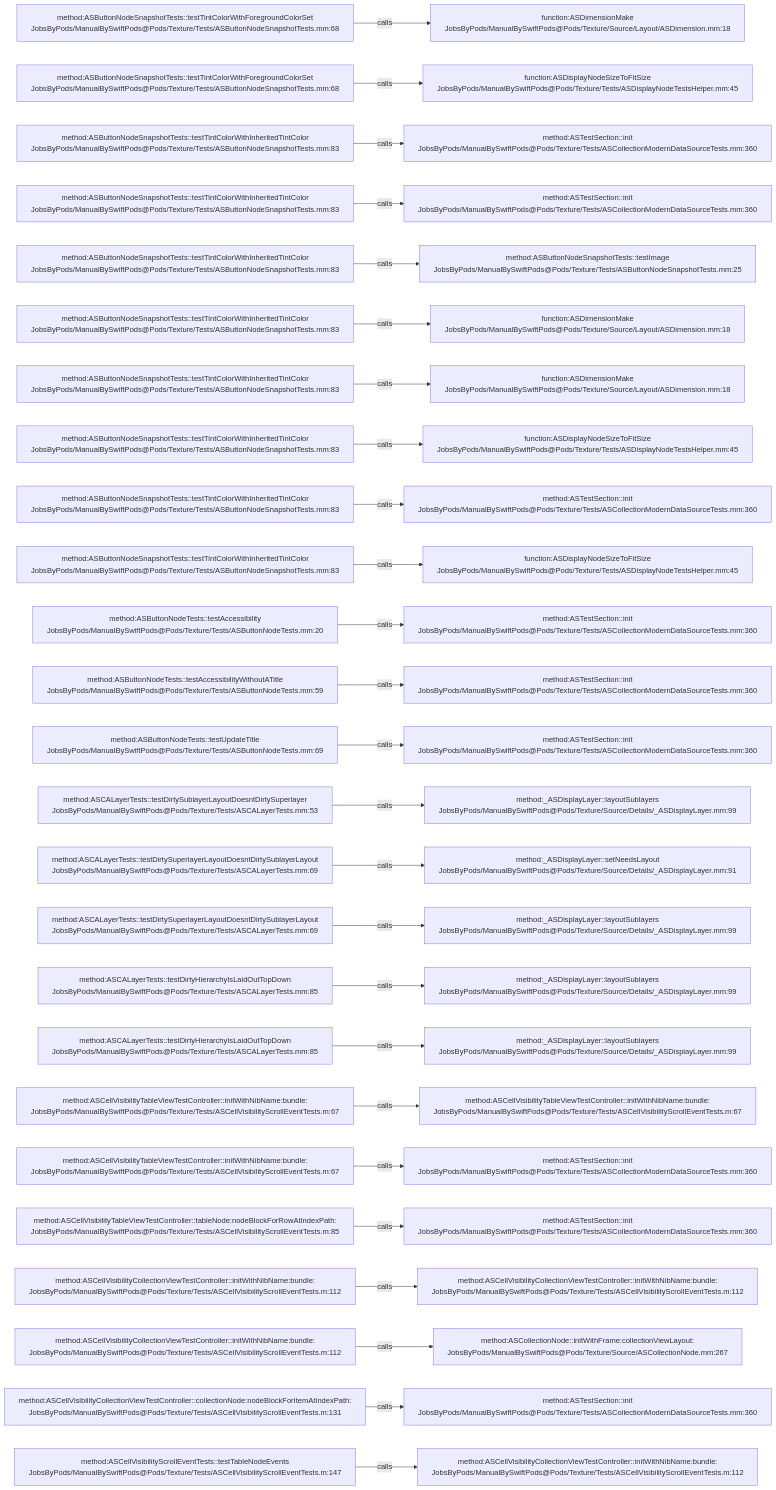
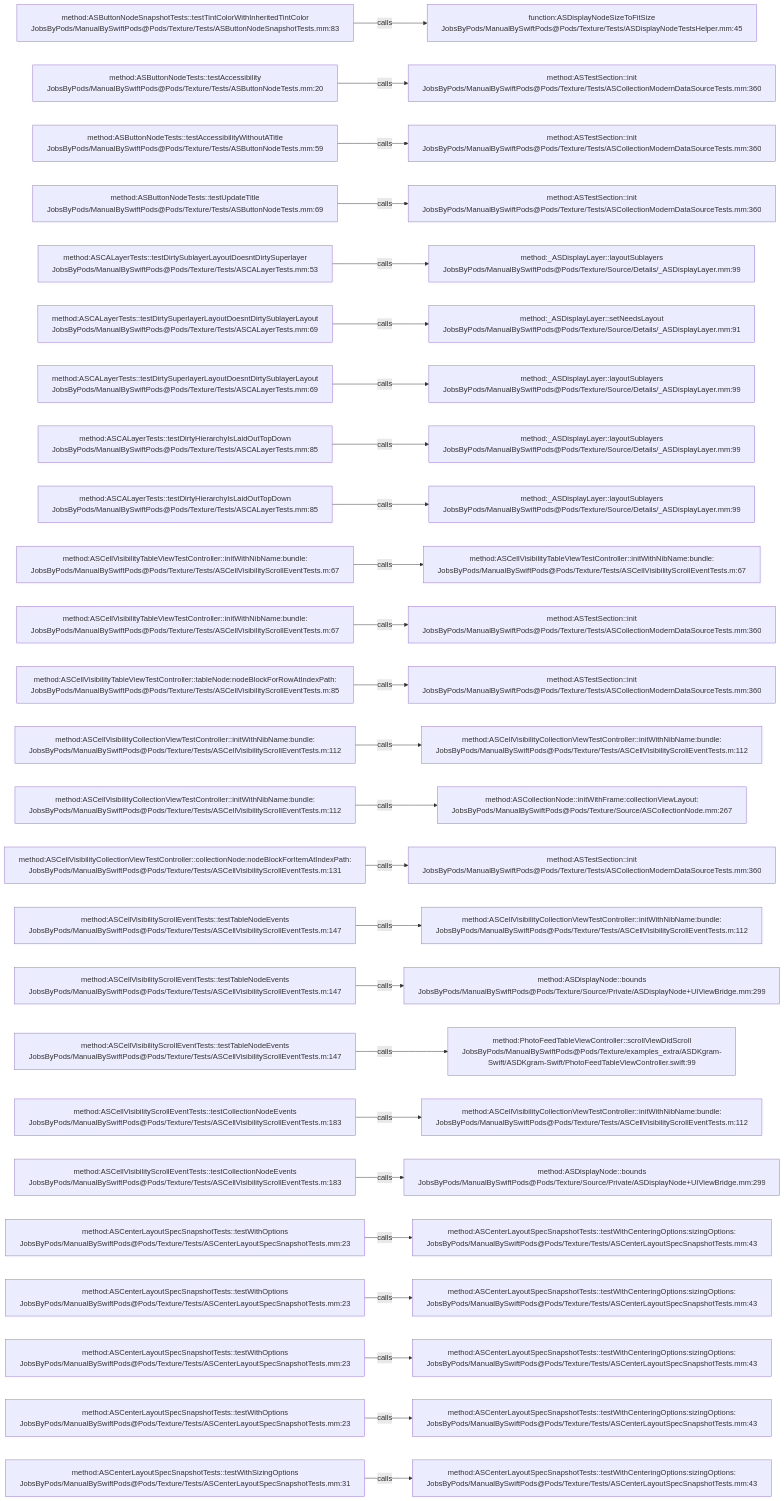
Before and after one commit to JobsKits/JobsSwiftBaseConfigDemo: the diagram in .codegraph/codegraph.md/graphs/calls-166.md, drawn with Mermaid. The commit also changed 707 other files, not shown here.

````diff
--- a/.codegraph/codegraph.md/graphs/calls-166.md
+++ b/.codegraph/codegraph.md/graphs/calls-166.md
@@ -13,78 +13,78 @@
 ```mermaid
 flowchart LR
-  S1["method:ASButtonNodeSnapshotTests::testTintColorWithForegroundColorSet<br/>JobsByPods/ManualBySwiftPods@Pods/Texture/Tests/ASButtonNodeSnapshotTests.mm:68"]
-  T1["function:ASDimensionMake<br/>JobsByPods/ManualBySwiftPods@Pods/Texture/Source/Layout/ASDimension.mm:18"]
+  S1["method:ASButtonNodeSnapshotTests::testTintColorWithInheritedTintColor<br/>JobsByPods/ManualBySwiftPods@Pods/Texture/Tests/ASButtonNodeSnapshotTests.mm:83"]
+  T1["function:ASDisplayNodeSizeToFitSize<br/>JobsByPods/ManualBySwiftPods@Pods/Texture/Tests/ASDisplayNodeTestsHelper.mm:45"]
   S1 -->|calls| T1
-  S2["method:ASButtonNodeSnapshotTests::testTintColorWithForegroundColorSet<br/>JobsByPods/ManualBySwiftPods@Pods/Texture/Tests/ASButtonNodeSnapshotTests.mm:68"]
-  T2["function:ASDisplayNodeSizeToFitSize<br/>JobsByPods/ManualBySwiftPods@Pods/Texture/Tests/ASDisplayNodeTestsHelper.mm:45"]
+  S2["method:ASButtonNodeTests::testAccessibility<br/>JobsByPods/ManualBySwiftPods@Pods/Texture/Tests/ASButtonNodeTests.mm:20"]
+  T2["method:ASTestSection::init<br/>JobsByPods/ManualBySwiftPods@Pods/Texture/Tests/ASCollectionModernDataSourceTests.mm:360"]
   S2 -->|calls| T2
-  S3["method:ASButtonNodeSnapshotTests::testTintColorWithInheritedTintColor<br/>JobsByPods/ManualBySwiftPods@Pods/Texture/Tests/ASButtonNodeSnapshotTests.mm:83"]
+  S3["method:ASButtonNodeTests::testAccessibilityWithoutATitle<br/>JobsByPods/ManualBySwiftPods@Pods/Texture/Tests/ASButtonNodeTests.mm:59"]
   T3["method:ASTestSection::init<br/>JobsByPods/ManualBySwiftPods@Pods/Texture/Tests/ASCollectionModernDataSourceTests.mm:360"]
   S3 -->|calls| T3
-  S4["method:ASButtonNodeSnapshotTests::testTintColorWithInheritedTintColor<br/>JobsByPods/ManualBySwiftPods@Pods/Texture/Tests/ASButtonNodeSnapshotTests.mm:83"]
+  S4["method:ASButtonNodeTests::testUpdateTitle<br/>JobsByPods/ManualBySwiftPods@Pods/Texture/Tests/ASButtonNodeTests.mm:69"]
   T4["method:ASTestSection::init<br/>JobsByPods/ManualBySwiftPods@Pods/Texture/Tests/ASCollectionModernDataSourceTests.mm:360"]
   S4 -->|calls| T4
-  S5["method:ASButtonNodeSnapshotTests::testTintColorWithInheritedTintColor<br/>JobsByPods/ManualBySwiftPods@Pods/Texture/Tests/ASButtonNodeSnapshotTests.mm:83"]
-  T5["method:ASButtonNodeSnapshotTests::testImage<br/>JobsByPods/ManualBySwiftPods@Pods/Texture/Tests/ASButtonNodeSnapshotTests.mm:25"]
+  S5["method:ASCALayerTests::testDirtySublayerLayoutDoesntDirtySuperlayer<br/>JobsByPods/ManualBySwiftPods@Pods/Texture/Tests/ASCALayerTests.mm:53"]
+  T5["method:_ASDisplayLayer::layoutSublayers<br/>JobsByPods/ManualBySwiftPods@Pods/Texture/Source/Details/_ASDisplayLayer.mm:99"]
   S5 -->|calls| T5
-  S6["method:ASButtonNodeSnapshotTests::testTintColorWithInheritedTintColor<br/>JobsByPods/ManualBySwiftPods@Pods/Texture/Tests/ASButtonNodeSnapshotTests.mm:83"]
-  T6["function:ASDimensionMake<br/>JobsByPods/ManualBySwiftPods@Pods/Texture/Source/Layout/ASDimension.mm:18"]
+  S6["method:ASCALayerTests::testDirtySuperlayerLayoutDoesntDirtySublayerLayout<br/>JobsByPods/ManualBySwiftPods@Pods/Texture/Tests/ASCALayerTests.mm:69"]
+  T6["method:_ASDisplayLayer::setNeedsLayout<br/>JobsByPods/ManualBySwiftPods@Pods/Texture/Source/Details/_ASDisplayLayer.mm:91"]
   S6 -->|calls| T6
-  S7["method:ASButtonNodeSnapshotTests::testTintColorWithInheritedTintColor<br/>JobsByPods/ManualBySwiftPods@Pods/Texture/Tests/ASButtonNodeSnapshotTests.mm:83"]
-  T7["function:ASDimensionMake<br/>JobsByPods/ManualBySwiftPods@Pods/Texture/Source/Layout/ASDimension.mm:18"]
+  S7["method:ASCALayerTests::testDirtySuperlayerLayoutDoesntDirtySublayerLayout<br/>JobsByPods/ManualBySwiftPods@Pods/Texture/Tests/ASCALayerTests.mm:69"]
+  T7["method:_ASDisplayLayer::layoutSublayers<br/>JobsByPods/ManualBySwiftPods@Pods/Texture/Source/Details/_ASDisplayLayer.mm:99"]
   S7 -->|calls| T7
-  S8["method:ASButtonNodeSnapshotTests::testTintColorWithInheritedTintColor<br/>JobsByPods/ManualBySwiftPods@Pods/Texture/Tests/ASButtonNodeSnapshotTests.mm:83"]
-  T8["function:ASDisplayNodeSizeToFitSize<br/>JobsByPods/ManualBySwiftPods@Pods/Texture/Tests/ASDisplayNodeTestsHelper.mm:45"]
+  S8["method:ASCALayerTests::testDirtyHierarchyIsLaidOutTopDown<br/>JobsByPods/ManualBySwiftPods@Pods/Texture/Tests/ASCALayerTests.mm:85"]
+  T8["method:_ASDisplayLayer::layoutSublayers<br/>JobsByPods/ManualBySwiftPods@Pods/Texture/Source/Details/_ASDisplayLayer.mm:99"]
   S8 -->|calls| T8
-  S9["method:ASButtonNodeSnapshotTests::testTintColorWithInheritedTintColor<br/>JobsByPods/ManualBySwiftPods@Pods/Texture/Tests/ASButtonNodeSnapshotTests.mm:83"]
-  T9["method:ASTestSection::init<br/>JobsByPods/ManualBySwiftPods@Pods/Texture/Tests/ASCollectionModernDataSourceTests.mm:360"]
+  S9["method:ASCALayerTests::testDirtyHierarchyIsLaidOutTopDown<br/>JobsByPods/ManualBySwiftPods@Pods/Texture/Tests/ASCALayerTests.mm:85"]
+  T9["method:_ASDisplayLayer::layoutSublayers<br/>JobsByPods/ManualBySwiftPods@Pods/Texture/Source/Details/_ASDisplayLayer.mm:99"]
   S9 -->|calls| T9
-  S10["method:ASButtonNodeSnapshotTests::testTintColorWithInheritedTintColor<br/>JobsByPods/ManualBySwiftPods@Pods/Texture/Tests/ASButtonNodeSnapshotTests.mm:83"]
-  T10["function:ASDisplayNodeSizeToFitSize<br/>JobsByPods/ManualBySwiftPods@Pods/Texture/Tests/ASDisplayNodeTestsHelper.mm:45"]
+  S10["method:ASCellVisibilityTableViewTestController::initWithNibName:bundle:<br/>JobsByPods/ManualBySwiftPods@Pods/Texture/Tests/ASCellVisibilityScrollEventTests.m:67"]
+  T10["method:ASCellVisibilityTableViewTestController::initWithNibName:bundle:<br/>JobsByPods/ManualBySwiftPods@Pods/Texture/Tests/ASCellVisibilityScrollEventTests.m:67"]
   S10 -->|calls| T10
-  S11["method:ASButtonNodeTests::testAccessibility<br/>JobsByPods/ManualBySwiftPods@Pods/Texture/Tests/ASButtonNodeTests.mm:20"]
+  S11["method:ASCellVisibilityTableViewTestController::initWithNibName:bundle:<br/>JobsByPods/ManualBySwiftPods@Pods/Texture/Tests/ASCellVisibilityScrollEventTests.m:67"]
   T11["method:ASTestSection::init<br/>JobsByPods/ManualBySwiftPods@Pods/Texture/Tests/ASCollectionModernDataSourceTests.mm:360"]
   S11 -->|calls| T11
-  S12["method:ASButtonNodeTests::testAccessibilityWithoutATitle<br/>JobsByPods/ManualBySwiftPods@Pods/Texture/Tests/ASButtonNodeTests.mm:59"]
+  S12["method:ASCellVisibilityTableViewTestController::tableNode:nodeBlockForRowAtIndexPath:<br/>JobsByPods/ManualBySwiftPods@Pods/Texture/Tests/ASCellVisibilityScrollEventTests.m:85"]
   T12["method:ASTestSection::init<br/>JobsByPods/ManualBySwiftPods@Pods/Texture/Tests/ASCollectionModernDataSourceTests.mm:360"]
   S12 -->|calls| T12
-  S13["method:ASButtonNodeTests::testUpdateTitle<br/>JobsByPods/ManualBySwiftPods@Pods/Texture/Tests/ASButtonNodeTests.mm:69"]
-  T13["method:ASTestSection::init<br/>JobsByPods/ManualBySwiftPods@Pods/Texture/Tests/ASCollectionModernDataSourceTests.mm:360"]
+  S13["method:ASCellVisibilityCollectionViewTestController::initWithNibName:bundle:<br/>JobsByPods/ManualBySwiftPods@Pods/Texture/Tests/ASCellVisibilityScrollEventTests.m:112"]
+  T13["method:ASCellVisibilityCollectionViewTestController::initWithNibName:bundle:<br/>JobsByPods/ManualBySwiftPods@Pods/Texture/Tests/ASCellVisibilityScrollEventTests.m:112"]
   S13 -->|calls| T13
-  S14["method:ASCALayerTests::testDirtySublayerLayoutDoesntDirtySuperlayer<br/>JobsByPods/ManualBySwiftPods@Pods/Texture/Tests/ASCALayerTests.mm:53"]
-  T14["method:_ASDisplayLayer::layoutSublayers<br/>JobsByPods/ManualBySwiftPods@Pods/Texture/Source/Details/_ASDisplayLayer.mm:99"]
+  S14["method:ASCellVisibilityCollectionViewTestController::initWithNibName:bundle:<br/>JobsByPods/ManualBySwiftPods@Pods/Texture/Tests/ASCellVisibilityScrollEventTests.m:112"]
+  T14["method:ASCollectionNode::initWithFrame:collectionViewLayout:<br/>JobsByPods/ManualBySwiftPods@Pods/Texture/Source/ASCollectionNode.mm:267"]
   S14 -->|calls| T14
-  S15["method:ASCALayerTests::testDirtySuperlayerLayoutDoesntDirtySublayerLayout<br/>JobsByPods/ManualBySwiftPods@Pods/Texture/Tests/ASCALayerTests.mm:69"]
-  T15["method:_ASDisplayLayer::setNeedsLayout<br/>JobsByPods/ManualBySwiftPods@Pods/Texture/Source/Details/_ASDisplayLayer.mm:91"]
+  S15["method:ASCellVisibilityCollectionViewTestController::collectionNode:nodeBlockForItemAtIndexPath:<br/>JobsByPods/ManualBySwiftPods@Pods/Texture/Tests/ASCellVisibilityScrollEventTests.m:131"]
+  T15["method:ASTestSection::init<br/>JobsByPods/ManualBySwiftPods@Pods/Texture/Tests/ASCollectionModernDataSourceTests.mm:360"]
   S15 -->|calls| T15
-  S16["method:ASCALayerTests::testDirtySuperlayerLayoutDoesntDirtySublayerLayout<br/>JobsByPods/ManualBySwiftPods@Pods/Texture/Tests/ASCALayerTests.mm:69"]
-  T16["method:_ASDisplayLayer::layoutSublayers<br/>JobsByPods/ManualBySwiftPods@Pods/Texture/Source/Details/_ASDisplayLayer.mm:99"]
+  S16["method:ASCellVisibilityScrollEventTests::testTableNodeEvents<br/>JobsByPods/ManualBySwiftPods@Pods/Texture/Tests/ASCellVisibilityScrollEventTests.m:147"]
+  T16["method:ASCellVisibilityCollectionViewTestController::initWithNibName:bundle:<br/>JobsByPods/ManualBySwiftPods@Pods/Texture/Tests/ASCellVisibilityScrollEventTests.m:112"]
   S16 -->|calls| T16
-  S17["method:ASCALayerTests::testDirtyHierarchyIsLaidOutTopDown<br/>JobsByPods/ManualBySwiftPods@Pods/Texture/Tests/ASCALayerTests.mm:85"]
-  T17["method:_ASDisplayLayer::layoutSublayers<br/>JobsByPods/ManualBySwiftPods@Pods/Texture/Source/Details/_ASDisplayLayer.mm:99"]
+  S17["method:ASCellVisibilityScrollEventTests::testTableNodeEvents<br/>JobsByPods/ManualBySwiftPods@Pods/Texture/Tests/ASCellVisibilityScrollEventTests.m:147"]
+  T17["method:ASDisplayNode::bounds<br/>JobsByPods/ManualBySwiftPods@Pods/Texture/Source/Private/ASDisplayNode+UIViewBridge.mm:299"]
   S17 -->|calls| T17
-  S18["method:ASCALayerTests::testDirtyHierarchyIsLaidOutTopDown<br/>JobsByPods/ManualBySwiftPods@Pods/Texture/Tests/ASCALayerTests.mm:85"]
-  T18["method:_ASDisplayLayer::layoutSublayers<br/>JobsByPods/ManualBySwiftPods@Pods/Texture/Source/Details/_ASDisplayLayer.mm:99"]
+  S18["method:ASCellVisibilityScrollEventTests::testTableNodeEvents<br/>JobsByPods/ManualBySwiftPods@Pods/Texture/Tests/ASCellVisibilityScrollEventTests.m:147"]
+  T18["method:PhotoFeedTableViewController::scrollViewDidScroll<br/>JobsByPods/ManualBySwiftPods@Pods/Texture/examples_extra/ASDKgram-Swift/ASDKgram-Swift/PhotoFeedTableViewController.swift:99"]
   S18 -->|calls| T18
-  S19["method:ASCellVisibilityTableViewTestController::initWithNibName:bundle:<br/>JobsByPods/ManualBySwiftPods@Pods/Texture/Tests/ASCellVisibilityScrollEventTests.m:67"]
-  T19["method:ASCellVisibilityTableViewTestController::initWithNibName:bundle:<br/>JobsByPods/ManualBySwiftPods@Pods/Texture/Tests/ASCellVisibilityScrollEventTests.m:67"]
+  S19["method:ASCellVisibilityScrollEventTests::testCollectionNodeEvents<br/>JobsByPods/ManualBySwiftPods@Pods/Texture/Tests/ASCellVisibilityScrollEventTests.m:183"]
+  T19["method:ASCellVisibilityCollectionViewTestController::initWithNibName:bundle:<br/>JobsByPods/ManualBySwiftPods@Pods/Texture/Tests/ASCellVisibilityScrollEventTests.m:112"]
   S19 -->|calls| T19
-  S20["method:ASCellVisibilityTableViewTestController::initWithNibName:bundle:<br/>JobsByPods/ManualBySwiftPods@Pods/Texture/Tests/ASCellVisibilityScrollEventTests.m:67"]
-  T20["method:ASTestSection::init<br/>JobsByPods/ManualBySwiftPods@Pods/Texture/Tests/ASCollectionModernDataSourceTests.mm:360"]
+  S20["method:ASCellVisibilityScrollEventTests::testCollectionNodeEvents<br/>JobsByPods/ManualBySwiftPods@Pods/Texture/Tests/ASCellVisibilityScrollEventTests.m:183"]
+  T20["method:ASDisplayNode::bounds<br/>JobsByPods/ManualBySwiftPods@Pods/Texture/Source/Private/ASDisplayNode+UIViewBridge.mm:299"]
   S20 -->|calls| T20
-  S21["method:ASCellVisibilityTableViewTestController::tableNode:nodeBlockForRowAtIndexPath:<br/>JobsByPods/ManualBySwiftPods@Pods/Texture/Tests/ASCellVisibilityScrollEventTests.m:85"]
-  T21["method:ASTestSection::init<br/>JobsByPods/ManualBySwiftPods@Pods/Texture/Tests/ASCollectionModernDataSourceTests.mm:360"]
+  S21["method:ASCenterLayoutSpecSnapshotTests::testWithOptions<br/>JobsByPods/ManualBySwiftPods@Pods/Texture/Tests/ASCenterLayoutSpecSnapshotTests.mm:23"]
+  T21["method:ASCenterLayoutSpecSnapshotTests::testWithCenteringOptions:sizingOptions:<br/>JobsByPods/ManualBySwiftPods@Pods/Texture/Tests/ASCenterLayoutSpecSnapshotTests.mm:43"]
   S21 -->|calls| T21
-  S22["method:ASCellVisibilityCollectionViewTestController::initWithNibName:bundle:<br/>JobsByPods/ManualBySwiftPods@Pods/Texture/Tests/ASCellVisibilityScrollEventTests.m:112"]
-  T22["method:ASCellVisibilityCollectionViewTestController::initWithNibName:bundle:<br/>JobsByPods/ManualBySwiftPods@Pods/Texture/Tests/ASCellVisibilityScrollEventTests.m:112"]
+  S22["method:ASCenterLayoutSpecSnapshotTests::testWithOptions<br/>JobsByPods/ManualBySwiftPods@Pods/Texture/Tests/ASCenterLayoutSpecSnapshotTests.mm:23"]
+  T22["method:ASCenterLayoutSpecSnapshotTests::testWithCenteringOptions:sizingOptions:<br/>JobsByPods/ManualBySwiftPods@Pods/Texture/Tests/ASCenterLayoutSpecSnapshotTests.mm:43"]
   S22 -->|calls| T22
-  S23["method:ASCellVisibilityCollectionViewTestController::initWithNibName:bundle:<br/>JobsByPods/ManualBySwiftPods@Pods/Texture/Tests/ASCellVisibilityScrollEventTests.m:112"]
-  T23["method:ASCollectionNode::initWithFrame:collectionViewLayout:<br/>JobsByPods/ManualBySwiftPods@Pods/Texture/Source/ASCollectionNode.mm:267"]
+  S23["method:ASCenterLayoutSpecSnapshotTests::testWithOptions<br/>JobsByPods/ManualBySwiftPods@Pods/Texture/Tests/ASCenterLayoutSpecSnapshotTests.mm:23"]
+  T23["method:ASCenterLayoutSpecSnapshotTests::testWithCenteringOptions:sizingOptions:<br/>JobsByPods/ManualBySwiftPods@Pods/Texture/Tests/ASCenterLayoutSpecSnapshotTests.mm:43"]
   S23 -->|calls| T23
-  S24["method:ASCellVisibilityCollectionViewTestController::collectionNode:nodeBlockForItemAtIndexPath:<br/>JobsByPods/ManualBySwiftPods@Pods/Texture/Tests/ASCellVisibilityScrollEventTests.m:131"]
-  T24["method:ASTestSection::init<br/>JobsByPods/ManualBySwiftPods@Pods/Texture/Tests/ASCollectionModernDataSourceTests.mm:360"]
+  S24["method:ASCenterLayoutSpecSnapshotTests::testWithOptions<br/>JobsByPods/ManualBySwiftPods@Pods/Texture/Tests/ASCenterLayoutSpecSnapshotTests.mm:23"]
+  T24["method:ASCenterLayoutSpecSnapshotTests::testWithCenteringOptions:sizingOptions:<br/>JobsByPods/ManualBySwiftPods@Pods/Texture/Tests/ASCenterLayoutSpecSnapshotTests.mm:43"]
   S24 -->|calls| T24
-  S25["method:ASCellVisibilityScrollEventTests::testTableNodeEvents<br/>JobsByPods/ManualBySwiftPods@Pods/Texture/Tests/ASCellVisibilityScrollEventTests.m:147"]
-  T25["method:ASCellVisibilityCollectionViewTestController::initWithNibName:bundle:<br/>JobsByPods/ManualBySwiftPods@Pods/Texture/Tests/ASCellVisibilityScrollEventTests.m:112"]
+  S25["method:ASCenterLayoutSpecSnapshotTests::testWithSizingOptions<br/>JobsByPods/ManualBySwiftPods@Pods/Texture/Tests/ASCenterLayoutSpecSnapshotTests.mm:31"]
+  T25["method:ASCenterLayoutSpecSnapshotTests::testWithCenteringOptions:sizingOptions:<br/>JobsByPods/ManualBySwiftPods@Pods/Texture/Tests/ASCenterLayoutSpecSnapshotTests.mm:43"]
   S25 -->|calls| T25
 ```
````
